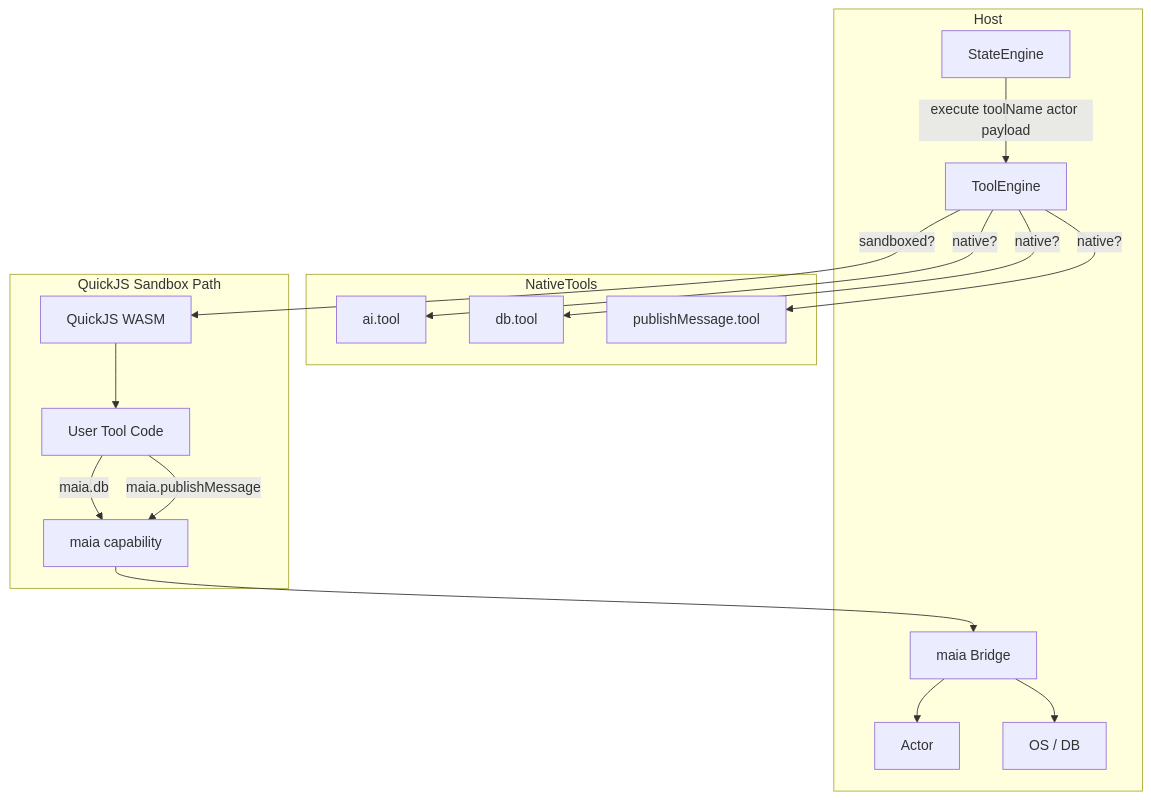
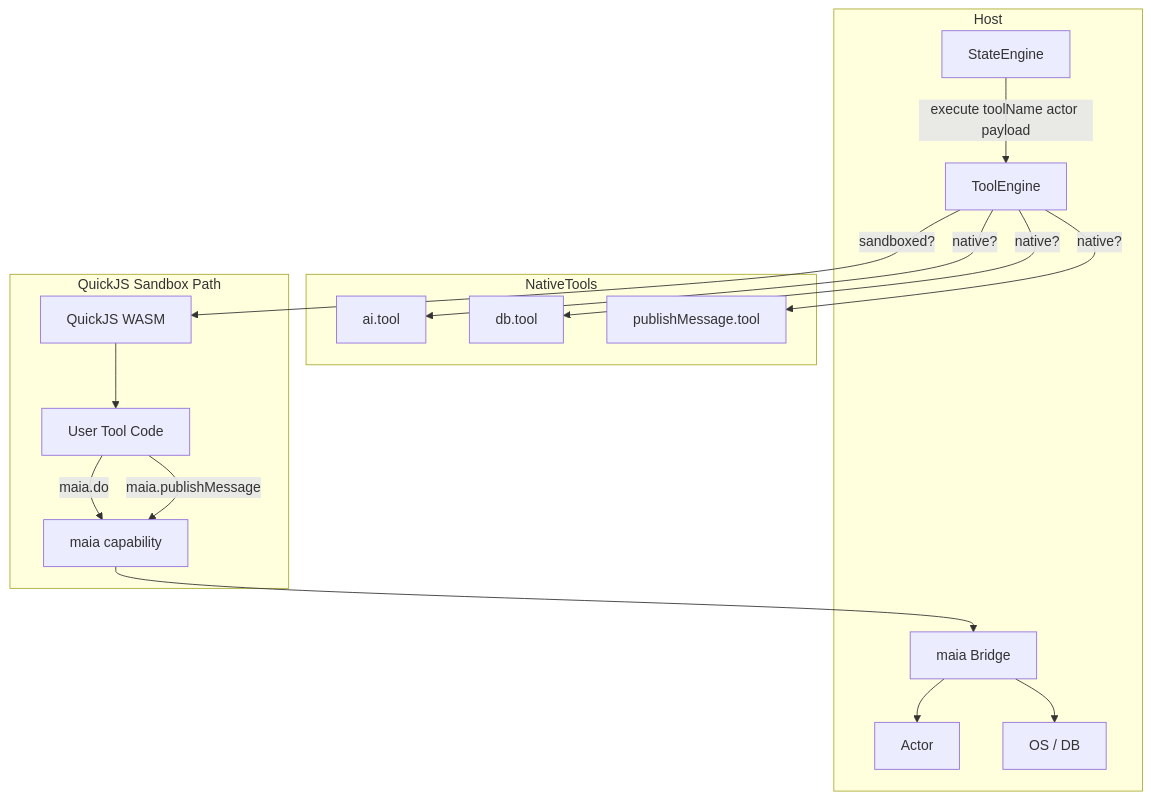
The diagram in libs/maia-docs/TODO/roadmap/quickjs-sandbox-user-tools.md (oMaiaCity/MaiaOS), drawn with Mermaid before and after one commit. The commit also changed other lines of this file and 69 other files, not shown here.

````diff
--- a/libs/maia-docs/TODO/roadmap/quickjs-sandbox-user-tools.md
+++ b/libs/maia-docs/TODO/roadmap/quickjs-sandbox-user-tools.md
@@ -84,34 +84,34 @@
 ```mermaid
 flowchart TB
     subgraph Host
         TE[ToolEngine]
         StateEngine[StateEngine]
         Actor[Actor]
         OS[OS / DB]
         Bridge[maia Bridge]
     end
 
     subgraph NativeTools
         T1[ai.tool]
         T2[db.tool]
         T3[publishMessage.tool]
     end
 
     subgraph SandboxPath[QuickJS Sandbox Path]
         QJS[QuickJS WASM]
         UserCode[User Tool Code]
         maia[maia capability]
     end
 
     StateEngine -->|execute toolName actor payload| TE
     TE -->|native?| T1
     TE -->|native?| T2
     TE -->|native?| T3
     TE -->|sandboxed?| QJS
     QJS --> UserCode
-    UserCode -->|maia.db| maia
+    UserCode -->|maia.do| maia
     UserCode -->|maia.publishMessage| maia
     maia --> Bridge
     Bridge --> OS
     Bridge --> Actor
 ```
````
